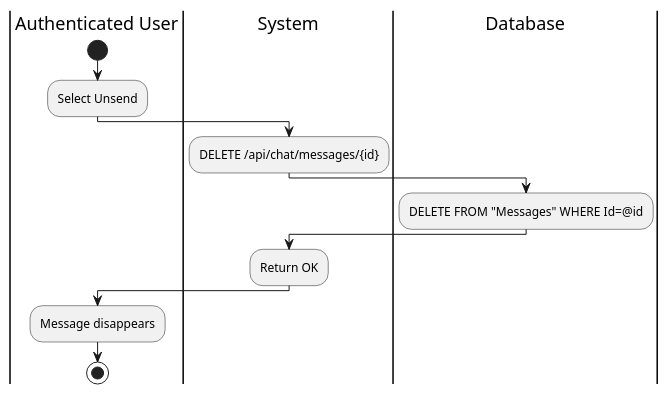
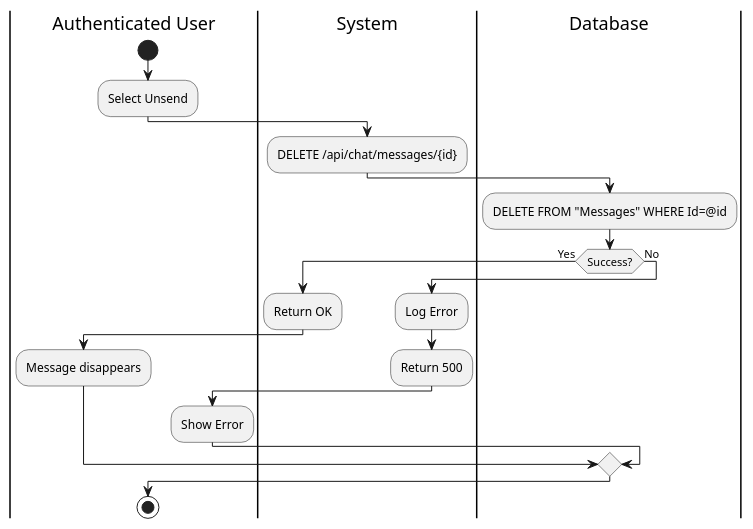
One commit to I-Love-U-3000/Favi-BE changed the ninth of 16 diagrams in UC_2.1.7_Chat.md. Above: the diagram before and after it, drawn with PlantUML. The commit also changed other lines of this file and 4 other files, not shown here.

````diff
--- a/UC_2.1.7_Chat.md
+++ b/UC_2.1.7_Chat.md
@@ -384,16 +384,24 @@
 ```plantuml
 @startuml
 |Authenticated User|
 start
 :Select Unsend;
 |System|
 :DELETE /api/chat/messages/{id};
 |Database|
 :DELETE FROM "Messages" WHERE Id=@id;
-|System|
-:Return OK;
-|Authenticated User|
-:Message disappears;
+if (Success?) then (Yes)
+  |System|
+  :Return OK;
+  |Authenticated User|
+  :Message disappears;
+else (No)
+  |System|
+  :Log Error;
+  :Return 500;
+  |Authenticated User|
+  :Show Error;
+endif
 stop
 @enduml
 ```
````
